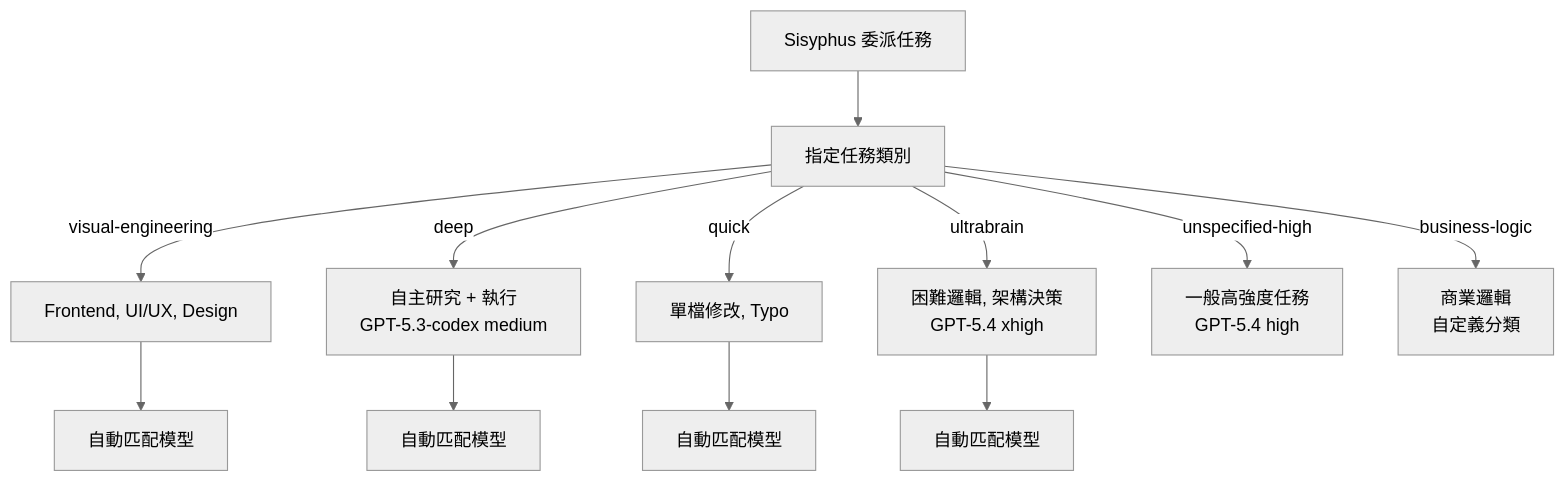
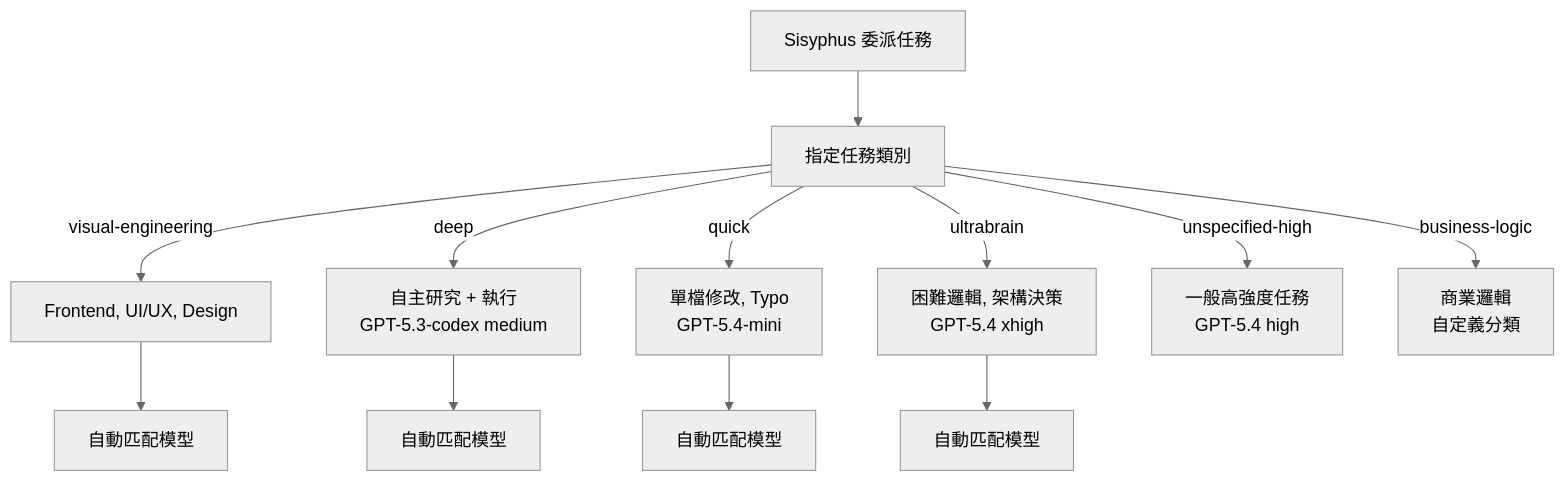
One commit to chihhung/Blog changed the second of 18 diagrams in content/posts/教學/AI開發/oh-my-openagent（Oh My OpenCode, OMO）教學手冊.md. Above: the diagram before and after it, drawn with Mermaid (neutral theme). The commit also changed other lines of this file, not shown here.

````diff
--- a/content/posts/教學/AI開發/oh-my-openagent（Oh My OpenCode, OMO）教學手冊.md
+++ b/content/posts/教學/AI開發/oh-my-openagent（Oh My OpenCode, OMO）教學手冊.md
@@ -247,16 +248,16 @@
 ```mermaid
 flowchart TD
     Sisyphus["Sisyphus 委派任務"] --> Category["指定任務類別"]
     
     Category -->|"visual-engineering"| VE["Frontend, UI/UX, Design"]
     Category -->|"deep"| Deep["自主研究 + 執行<br/>GPT-5.3-codex medium"]
-    Category -->|"quick"| Quick["單檔修改, Typo"]
+    Category -->|"quick"| Quick["單檔修改, Typo<br/>GPT-5.4-mini"]
     Category -->|"ultrabrain"| UB["困難邏輯, 架構決策<br/>GPT-5.4 xhigh"]
     Category -->|"unspecified-high"| UH["一般高強度任務<br/>GPT-5.4 high"]
     Category -->|"business-logic"| BL["商業邏輯<br/>自定義分類"]
     
     VE --> Model1["自動匹配模型"]
     Deep --> Model2["自動匹配模型"]
     Quick --> Model3["自動匹配模型"]
     UB --> Model4["自動匹配模型"]
 ```
````
